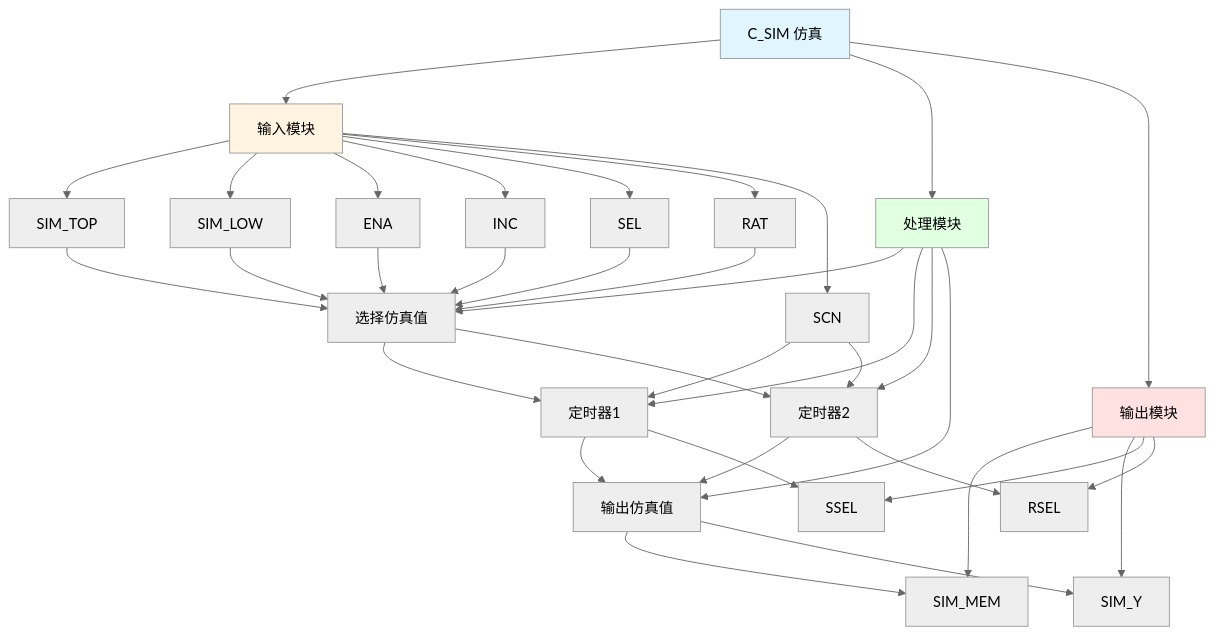
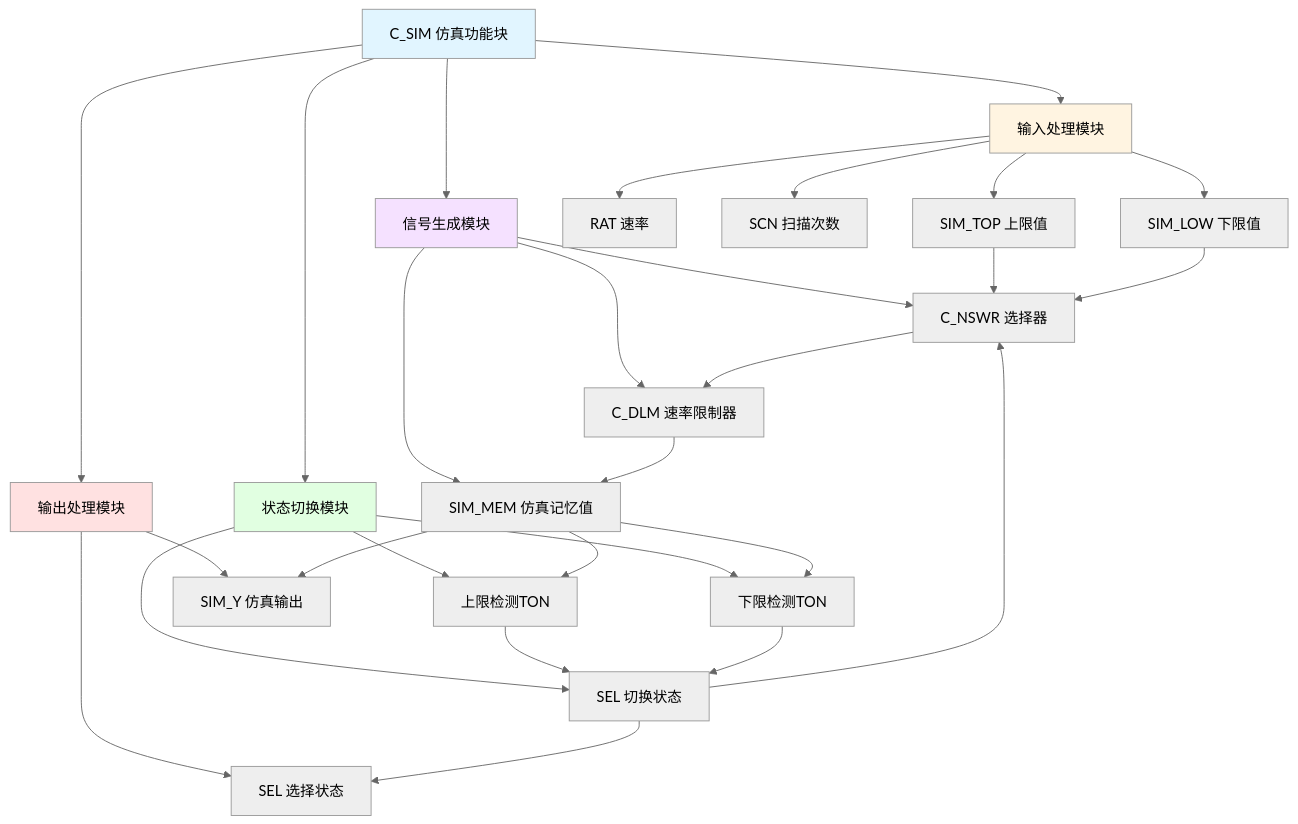
The diagram in C_SIM_分析报告.md (dlgt6/c), drawn with Mermaid (neutral theme) before and after one commit. The commit also changed other lines of this file and 46 other files, not shown here.

````diff
--- a/C_SIM_分析报告.md
+++ b/C_SIM_分析报告.md
@@ -19,46 +31,41 @@
 ```mermaid
 graph TD
-    A[C_SIM 仿真] --> B[输入模块]
-    A --> C[处理模块]
-    A --> D[输出模块]
+    A[C_SIM 仿真功能块] --> B[输入处理模块]
+    A --> C[信号生成模块]
+    A --> D[状态切换模块]
+    A --> E[输出处理模块]
     
-    B --> B1[SIM_TOP]
-    B --> B2[SIM_LOW]
-    B --> B3[ENA]
-    B --> B4[INC]
-    B --> B5[SEL]
-    B --> B6[RAT]
-    B --> B7[SCN]
+    B --> B1[SIM_TOP 上限值]
+    B --> B2[SIM_LOW 下限值]
+    B --> B3[RAT 速率]
+    B --> B4[SCN 扫描次数]
     
-    C --> C1[选择仿真值]
-    C --> C2[定时器1]
-    C --> C3[定时器2]
-    C --> C4[输出仿真值]
+    C --> C1[C_NSWR 选择器]
+    C --> C2[C_DLM 速率限制器]
+    C --> C3[SIM_MEM 仿真记忆值]
     
-    D --> D1[SIM_MEM]
-    D --> D2[SIM_Y]
-    D --> D3[SSEL]
-    D --> D4[RSEL]
+    D --> D1[上限检测TON]
+    D --> D2[下限检测TON]
+    D --> D3[SEL 切换状态]
+    
+    E --> E1[SIM_Y 仿真输出]
+    E --> E2[SEL 选择状态]
     
     B1 --> C1
     B2 --> C1
-    B3 --> C1
-    B4 --> C1
-    B5 --> C1
-    B6 --> C1
     C1 --> C2
-    C1 --> C3
-    B7 --> C2
-    B7 --> C3
-    C2 --> C4
-    C3 --> C4
-    C4 --> D1
-    C4 --> D2
-    C2 --> D3
-    C3 --> D4
+    C2 --> C3
+    C3 --> D1
+    C3 --> D2
+    D1 --> D3
+    D2 --> D3
+    D3 --> C1
+    C3 --> E1
+    D3 --> E2
     
     style A fill:#e1f5ff
     style B fill:#fff4e1
-    style C fill:#e1ffe1
-    style D fill:#ffe1e1
+    style C fill:#f5e1ff
+    style D fill:#e1ffe1
+    style E fill:#ffe1e1
 ```
````
